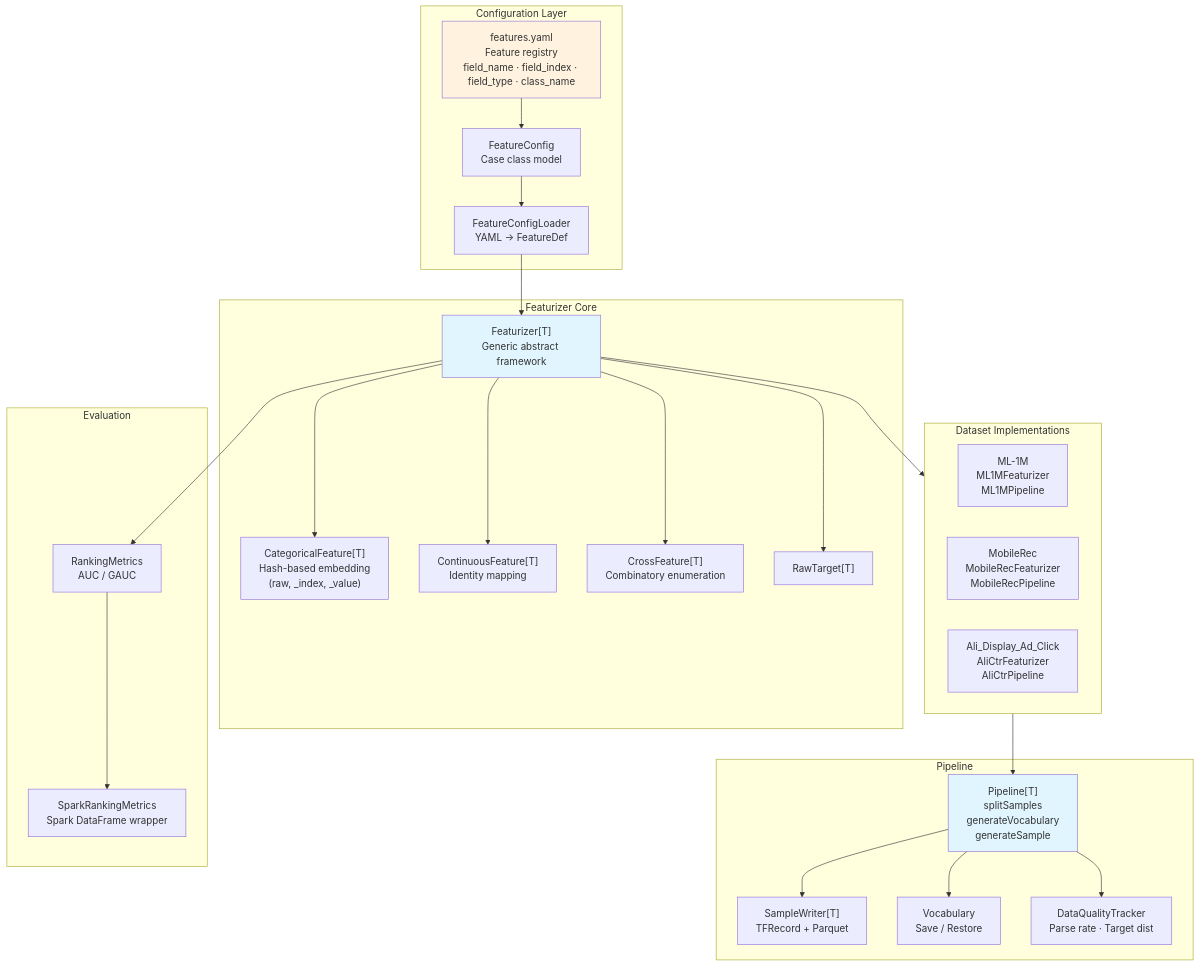
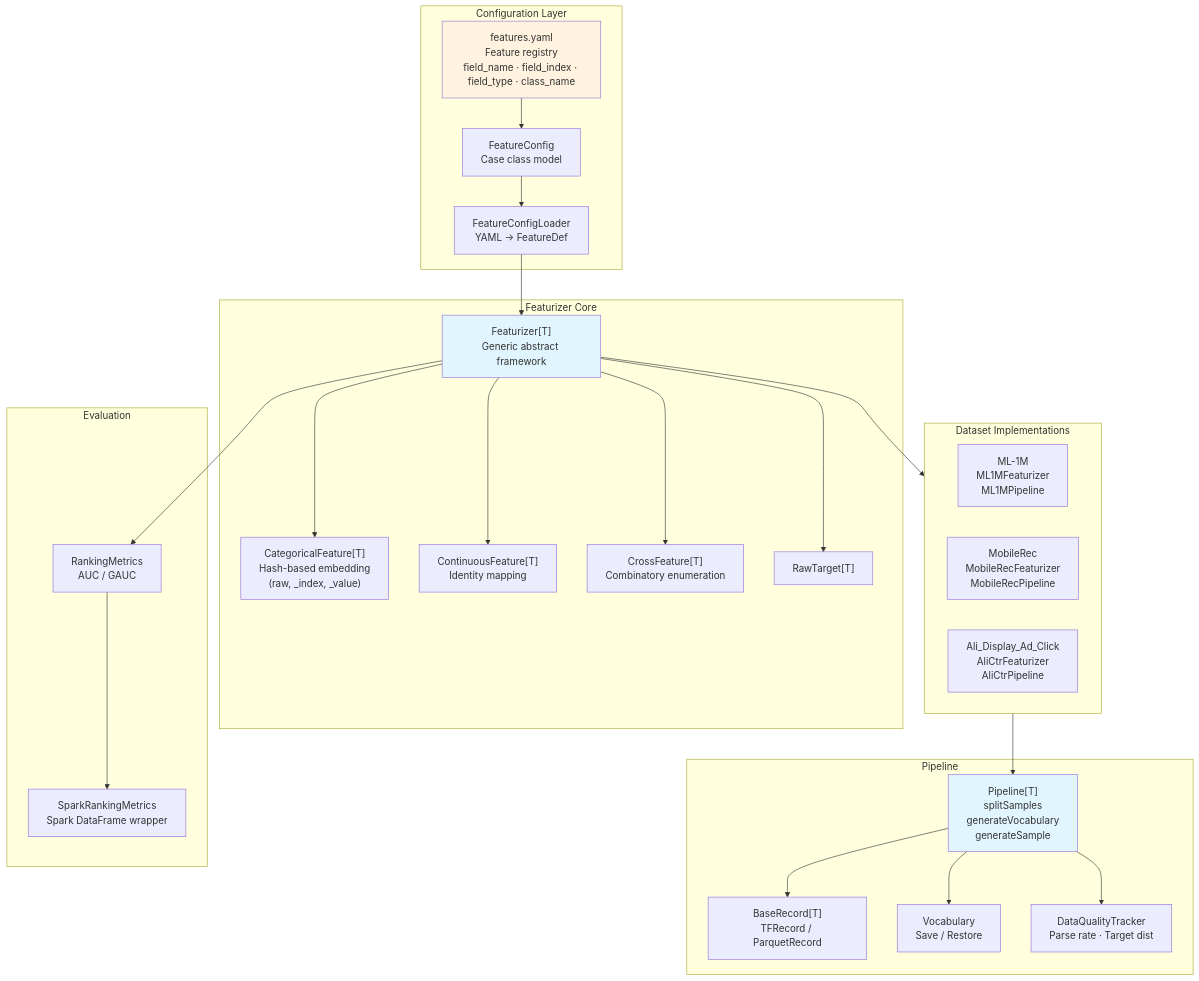
Before and after one commit to shardzhang/gerbil-data: the second of 2 diagrams in README.md, drawn with Mermaid. The commit also changed other lines of this file and 1 other file, not shown here.

Commit message:
docs: update README to reflect BaseRecord, serde files, and current pipeline architecture

````diff
--- a/README.md
+++ b/README.md
@@ -160,45 +164,45 @@
 ```mermaid
 flowchart TD
     subgraph Config["Configuration Layer"]
         YAML["features.yaml<br/>Feature registry<br/>field_name · field_index · field_type · class_name"]
         FC["FeatureConfig<br/>Case class model"]
         CL["FeatureConfigLoader<br/>YAML → FeatureDef"]
     end
 
     subgraph Core["Featurizer Core"]
         FE["Featurizer[T]<br/>Generic abstract framework"]
         CF["CategoricalFeature[T]<br/>Hash-based embedding<br/>(raw, _index, _value)"]
         COF["ContinuousFeature[T]<br/>Identity mapping"]
         XF["CrossFeature[T]<br/>Combinatory enumeration"]
         RT["RawTarget[T]"]
     end
 
     subgraph DS["Dataset Implementations"]
         M1["ML-1M<br/>ML1MFeaturizer<br/>ML1MPipeline"]
         MR["MobileRec<br/>MobileRecFeaturizer<br/>MobileRecPipeline"]
         AL["Ali_Display_Ad_Click<br/>AliCtrFeaturizer<br/>AliCtrPipeline"]
     end
 
     subgraph Pipe["Pipeline"]
         PL["Pipeline[T]<br/>splitSamples<br/>generateVocabulary<br/>generateSample"]
-        SW["SampleWriter[T]<br/>TFRecord + Parquet"]
+        BR["BaseRecord[T]<br/>TFRecord / ParquetRecord"]
         VS["Vocabulary<br/>Save / Restore"]
         QT["DataQualityTracker<br/>Parse rate · Target dist"]
     end
 
     subgraph Eval["Evaluation"]
         RM["RankingMetrics<br/>AUC / GAUC"]
         SR["SparkRankingMetrics<br/>Spark DataFrame wrapper"]
     end
 
     YAML --> FC --> CL --> FE
     FE --> CF & COF & XF & RT
     FE --> DS
     DS --> PL
-    PL --> SW & VS & QT
+    PL --> BR & VS & QT
     FE --> RM --> SR
 
     style FE fill:#e1f5fe
     style PL fill:#e1f5fe
     style YAML fill:#fff3e0
 ```
````
